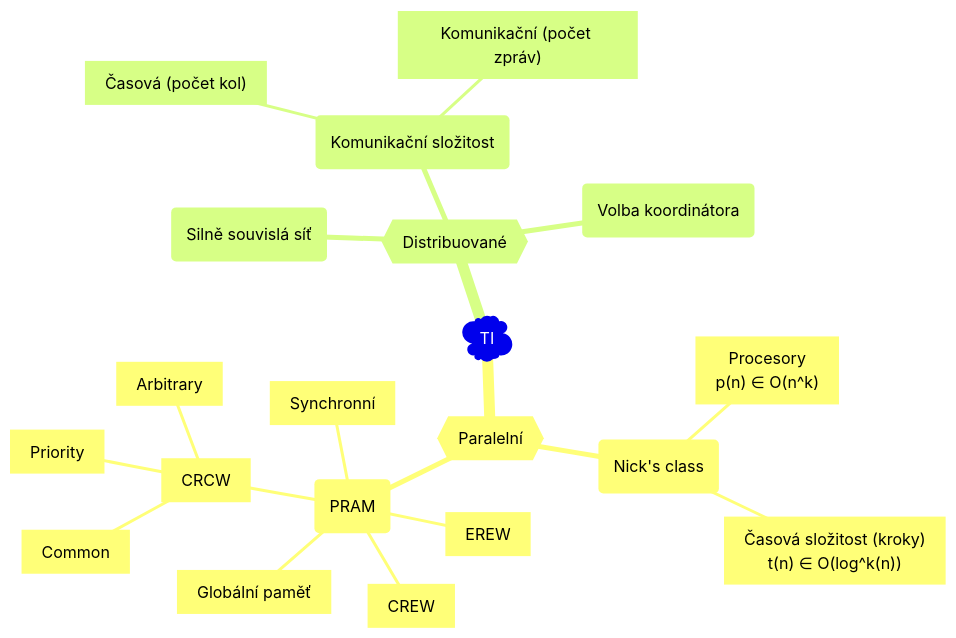
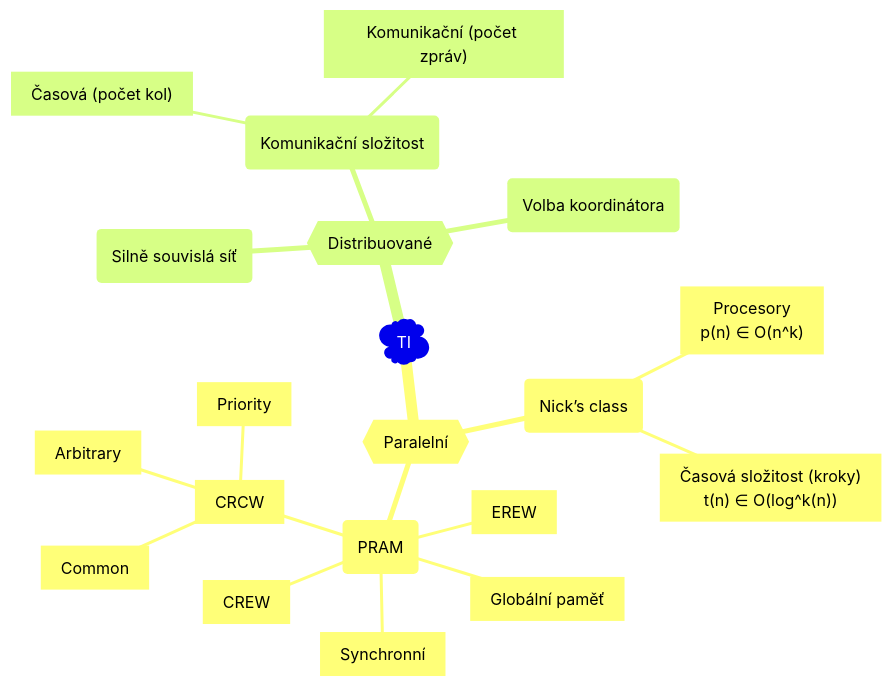
One commit to matejfric/mdbook changed the second of 9 diagrams in src/it/maths.md. Above: the diagram before and after it, drawn with Mermaid. The commit also changed other lines of this file and 2 other files, not shown here.

````diff
--- a/src/it/maths.md
+++ b/src/it/maths.md
@@ -455,25 +455,25 @@
 ```mermaid
 mindmap
   root )TI)
     {{Paralelní}}
-      ("`Nick's class`")
+      ("`Nick’s class`")
         ["""Procesory
         p(n) ∈ O(n^k)"""]
         ["""Časová složitost (kroky)
         t(n) ∈ O(log^k(n))"""]
       (PRAM)
         [Globální paměť]
         [Synchronní]
         [EREW]
         [CREW]
         [CRCW]
           [Common]
           [Arbitrary]
           [Priority]
     {{Distribuované}}
       (Silně souvislá síť)
       (Komunikační složitost)
         ["Časová (počet kol)"]
         ["Komunikační (počet zpráv)"]
       (Volba koordinátora)
 ```
````
